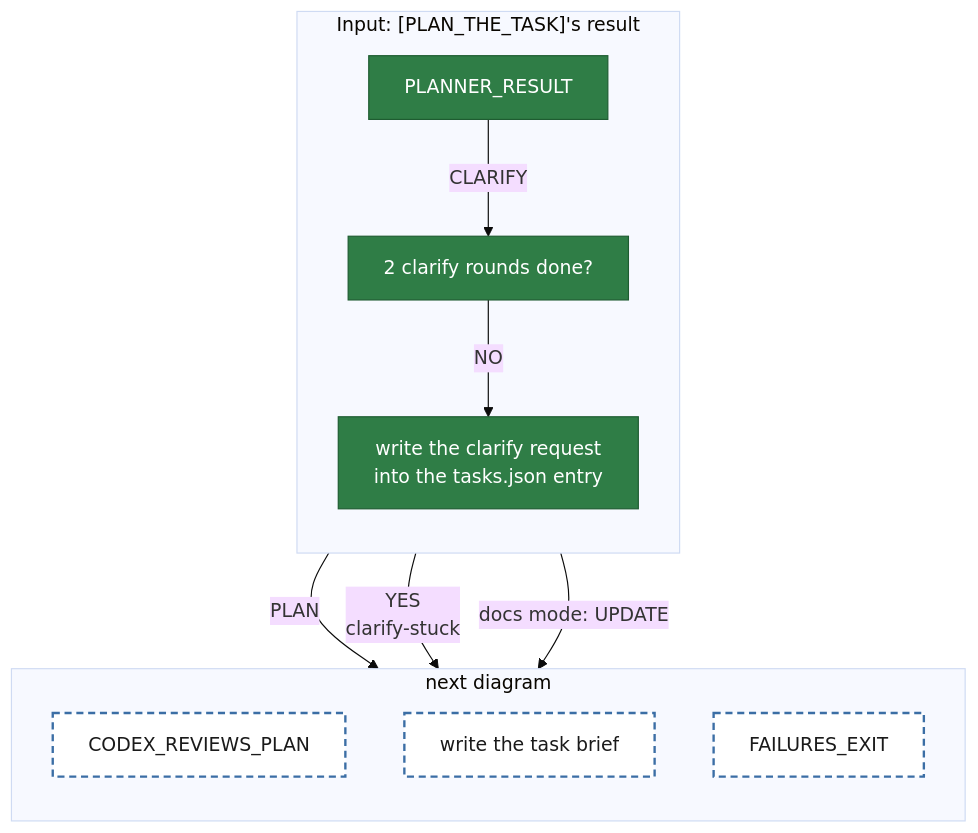
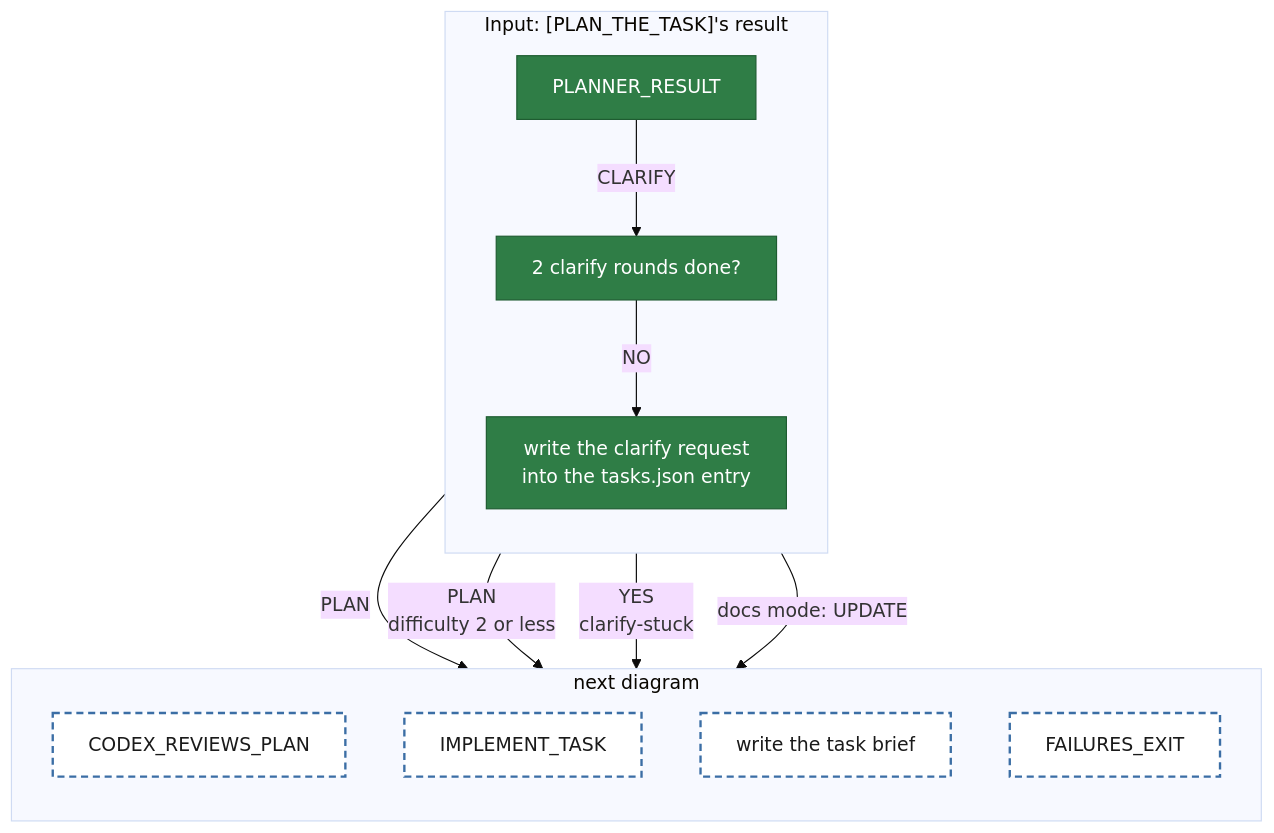
Before and after one commit to matkatmusic/taskTools: the diagram in diagrams/tackle-tasks/pipeline-whatDidThePlannerReturn.mmd, drawn with Mermaid (base theme). The commit also changed 8 other files, not shown here.

Commit message:
A task with difficulty 2 or less now skips both codex review loops.

```diff
--- a/diagrams/tackle-tasks/pipeline-whatDidThePlannerReturn.mmd
+++ b/diagrams/tackle-tasks/pipeline-whatDidThePlannerReturn.mmd
@@ -1,30 +1,32 @@
 flowchart TB
 %% One agent() call. /run-step starts at WHAT_DID_THE_PLANNER_RETURN. Every path ends at an orange block or a dashed block.
 
   subgraph whatDidThePlannerReturn ["Input: [PLAN_THE_TASK]'s result"]
     direction TB
     WHAT_DID_THE_PLANNER_RETURN["PLANNER_RESULT"]
     ARE_2_CLARIFY_ROUNDS_DONE_Q["2 clarify rounds done?"]
     WRITE_CLARIFY_REQUEST["write the clarify request<br/>into the tasks.json entry"]
   end
   subgraph whatDidThePlannerReturnNext ["next diagram"]
     direction TB
     CODEX_REVIEWS_PLAN["CODEX_REVIEWS_PLAN"]
+    IMPLEMENT_TASK["IMPLEMENT_TASK"]
     DOCUMENT_GENERATION["write the task brief"]
     FAILURES_EXIT["FAILURES_EXIT"]
   end
   whatDidThePlannerReturn ~~~ whatDidThePlannerReturnNext
 
   WHAT_DID_THE_PLANNER_RETURN -- "PLAN" --> CODEX_REVIEWS_PLAN
+  WHAT_DID_THE_PLANNER_RETURN -- "PLAN<br/>difficulty 2 or less" --> IMPLEMENT_TASK
   WHAT_DID_THE_PLANNER_RETURN -- "CLARIFY" --> ARE_2_CLARIFY_ROUNDS_DONE_Q
   ARE_2_CLARIFY_ROUNDS_DONE_Q -- "NO" --> WRITE_CLARIFY_REQUEST
   ARE_2_CLARIFY_ROUNDS_DONE_Q -- "YES<br/>clarify-stuck" --> FAILURES_EXIT
   WRITE_CLARIFY_REQUEST -- "docs mode: UPDATE" --> DOCUMENT_GENERATION
 
   classDef script fill:#2f7d46,stroke:#1e5c31,color:#ffffff
   classDef returns_a_prompt fill:#e07b39,stroke:#a8541f,color:#1a1a1a
   classDef fail fill:red,stroke:#254a70,color:#ffffff
   classDef output fill:#3b6ea5,stroke:#254a70,color:#ffffff
   classDef next_diagram fill:#ffffff,stroke:#3b6ea5,stroke-width:2px,stroke-dasharray:6 4,color:#1a1a1a
   class WHAT_DID_THE_PLANNER_RETURN,ARE_2_CLARIFY_ROUNDS_DONE_Q,WRITE_CLARIFY_REQUEST script
-  class CODEX_REVIEWS_PLAN,DOCUMENT_GENERATION,FAILURES_EXIT next_diagram
+  class CODEX_REVIEWS_PLAN,IMPLEMENT_TASK,DOCUMENT_GENERATION,FAILURES_EXIT next_diagram
```
